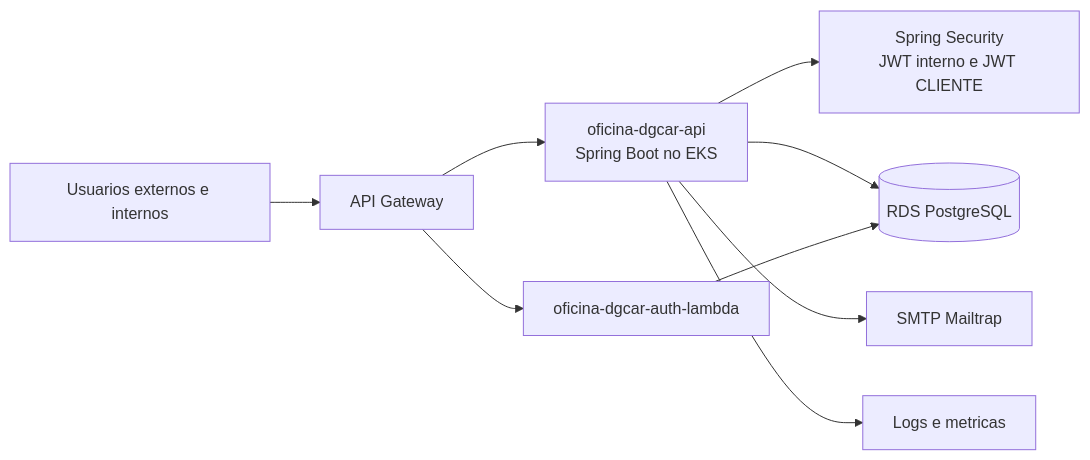
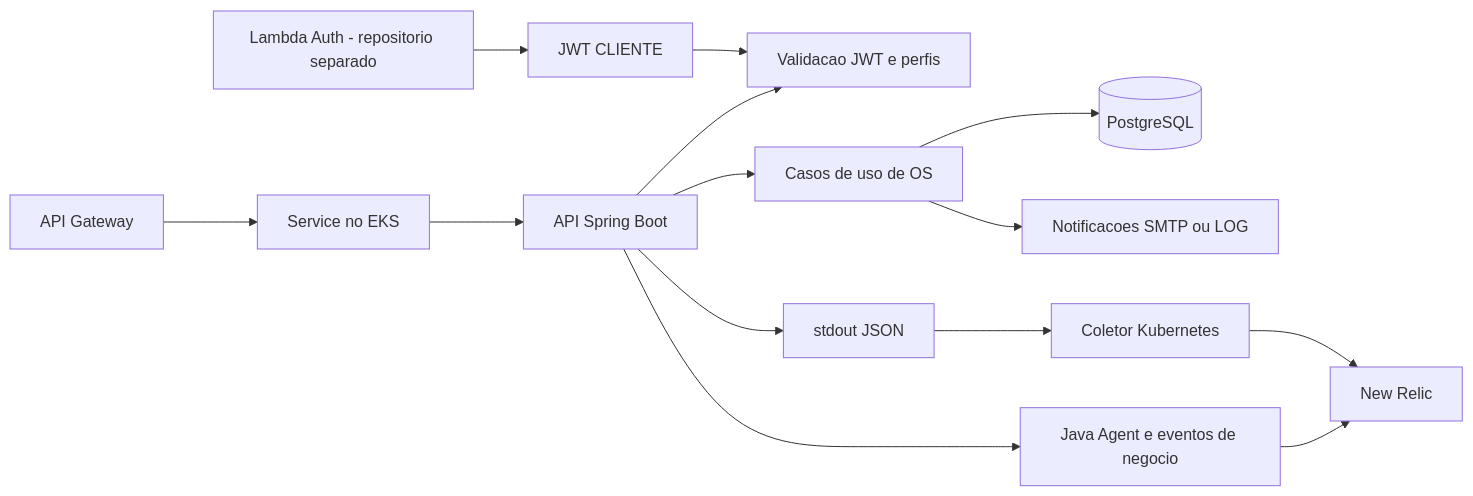
Before and after one commit to techdgconsulting/oficina-dgcar-api: the diagram in README.md, drawn with Mermaid. The commit also changed other lines of this file and 41 other files, not shown here.

````diff
--- a/README.md
+++ b/README.md
@@ -53,12 +13,16 @@
 ```mermaid
 flowchart LR
-  usuario[Usuarios externos e internos] --> gateway[API Gateway]
-  gateway --> api[oficina-dgcar-api<br/>Spring Boot no EKS]
-  api --> security[Spring Security<br/>JWT interno e JWT CLIENTE]
-  api --> rds[(RDS PostgreSQL)]
-  api --> smtp[SMTP Mailtrap]
-  api --> logs[Logs e metricas]
-
-  lambda[oficina-dgcar-auth-lambda] --> rds
-  gateway --> lambda
+  Gateway[API Gateway] --> Service[Service no EKS]
+  Service --> API[API Spring Boot]
+  API --> Auth[Validacao JWT e perfis]
+  API --> UseCases[Casos de uso de OS]
+  UseCases --> DB[(PostgreSQL)]
+  UseCases --> Mail[Notificacoes SMTP ou LOG]
+  API --> Agent[Java Agent e eventos de negocio]
+  Agent --> NR[New Relic]
+  API --> JSON[stdout JSON]
+  JSON --> Collector[Coletor Kubernetes]
+  Collector --> NR
+  Lambda[Lambda Auth - repositorio separado] --> ClientJWT[JWT CLIENTE]
+  ClientJWT --> Auth
 ```
````
